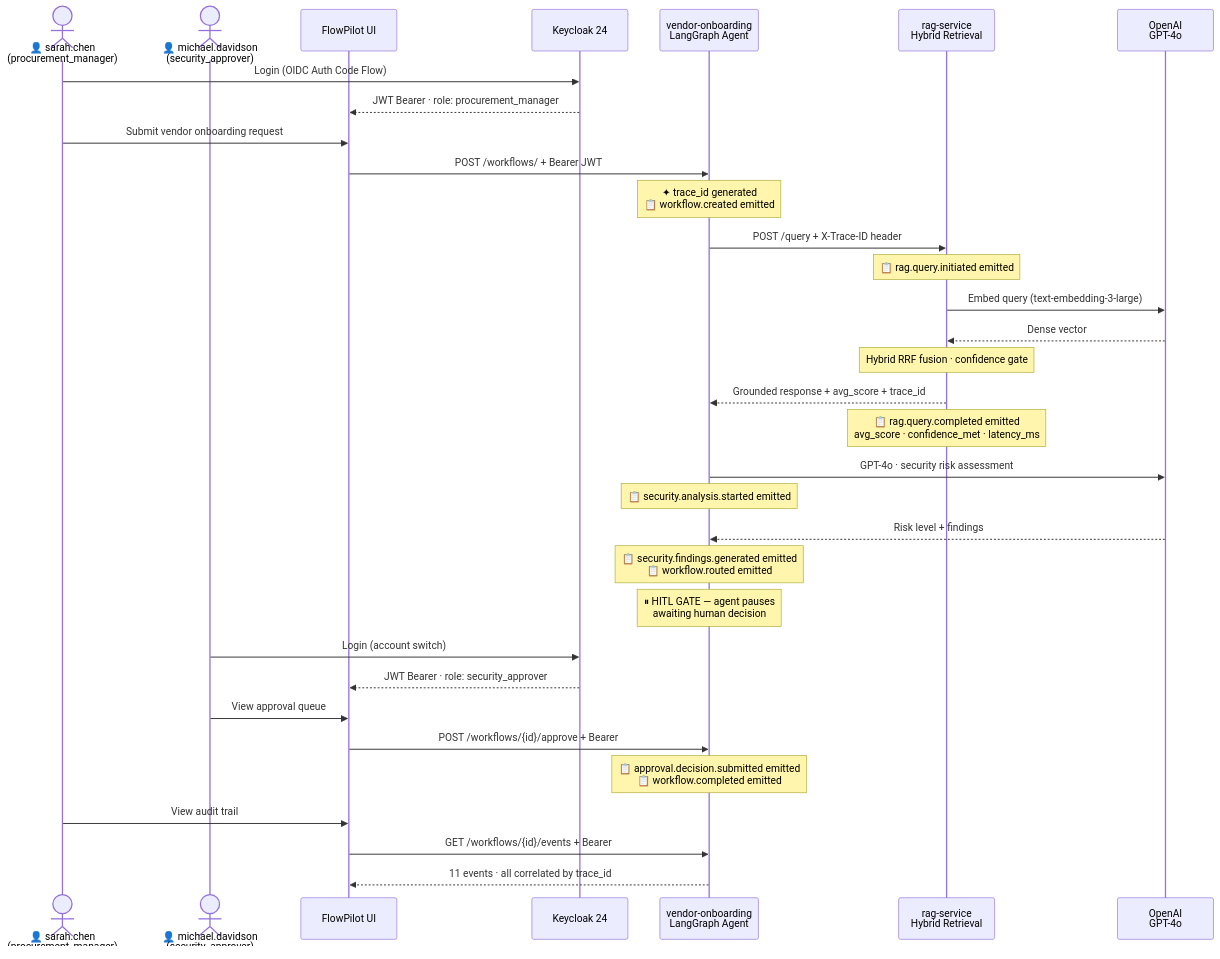
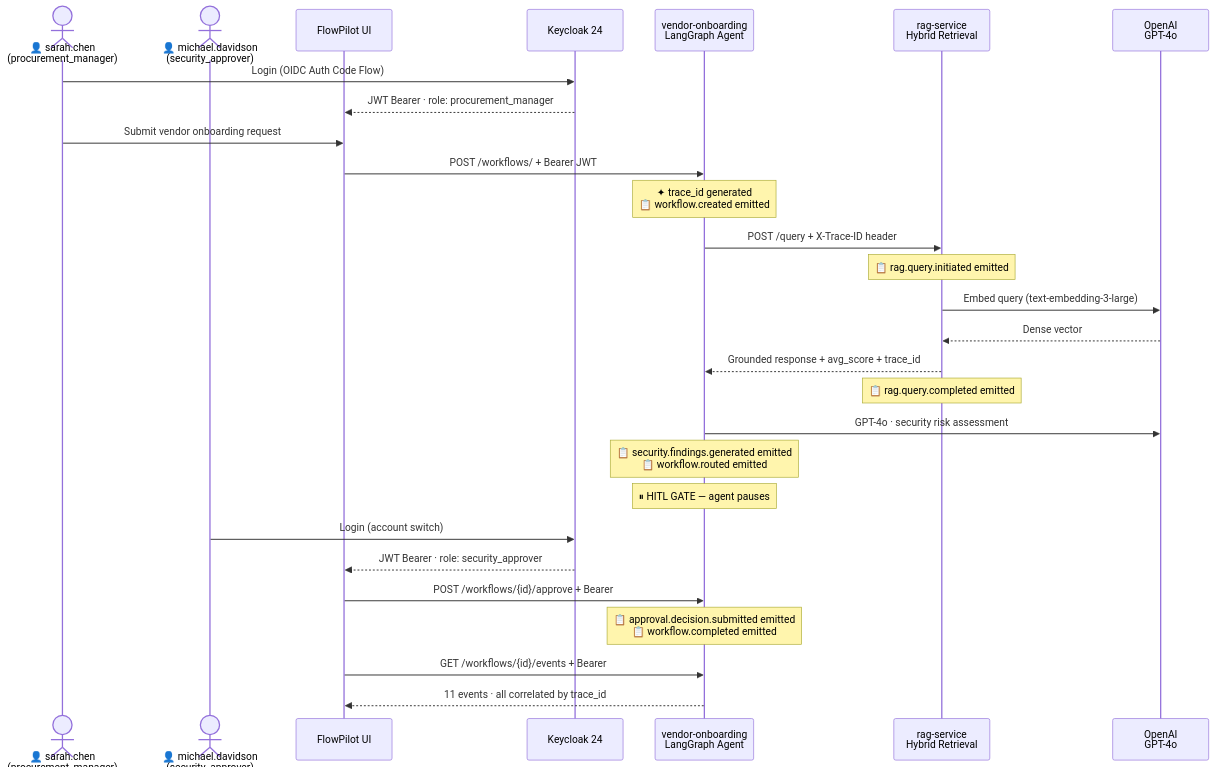
Before and after one commit to nitindra-soekhai/flowpilot-docs: the second of 2 diagrams in README.md, drawn with Mermaid. The commit also changed other lines of this file, not shown here.

Commit message:
docs: add Why This Architecture, Enterprise Concerns, Agents vs Deterministic, Production Readiness, Deployment Architecture sections

````diff
--- a/README.md
+++ b/README.md
@@ -135,42 +268,31 @@
 ```mermaid
 sequenceDiagram
     actor Sarah as 👤 sarah.chen<br/>(procurement_manager)
     actor Michael as 👤 michael.davidson<br/>(security_approver)
     participant UI as FlowPilot UI
     participant KC as Keycloak 24
     participant AGENT as vendor-onboarding<br/>LangGraph Agent
     participant RAG as rag-service<br/>Hybrid Retrieval
     participant OAI as OpenAI<br/>GPT-4o
 
     Sarah->>KC: Login (OIDC Auth Code Flow)
     KC-->>UI: JWT Bearer · role: procurement_manager
-
     Sarah->>UI: Submit vendor onboarding request
     UI->>AGENT: POST /workflows/ + Bearer JWT
     Note over AGENT: ✦ trace_id generated<br/>📋 workflow.created emitted
-
     AGENT->>RAG: POST /query + X-Trace-ID header
     Note over RAG: 📋 rag.query.initiated emitted
     RAG->>OAI: Embed query (text-embedding-3-large)
     OAI-->>RAG: Dense vector
-    Note over RAG: Hybrid RRF fusion · confidence gate
     RAG-->>AGENT: Grounded response + avg_score + trace_id
-    Note over RAG: 📋 rag.query.completed emitted<br/>avg_score · confidence_met · latency_ms
-
+    Note over RAG: 📋 rag.query.completed emitted
     AGENT->>OAI: GPT-4o · security risk assessment
-    Note over AGENT: 📋 security.analysis.started emitted
-    OAI-->>AGENT: Risk level + findings
     Note over AGENT: 📋 security.findings.generated emitted<br/>📋 workflow.routed emitted
-
-    Note over AGENT: ⏸ HITL GATE — agent pauses<br/>awaiting human decision
-
+    Note over AGENT: ⏸ HITL GATE — agent pauses
     Michael->>KC: Login (account switch)
     KC-->>UI: JWT Bearer · role: security_approver
-    Michael->>UI: View approval queue
     UI->>AGENT: POST /workflows/{id}/approve + Bearer
     Note over AGENT: 📋 approval.decision.submitted emitted<br/>📋 workflow.completed emitted
-
-    Sarah->>UI: View audit trail
     UI->>AGENT: GET /workflows/{id}/events + Bearer
     AGENT-->>UI: 11 events · all correlated by trace_id
 ```
````
